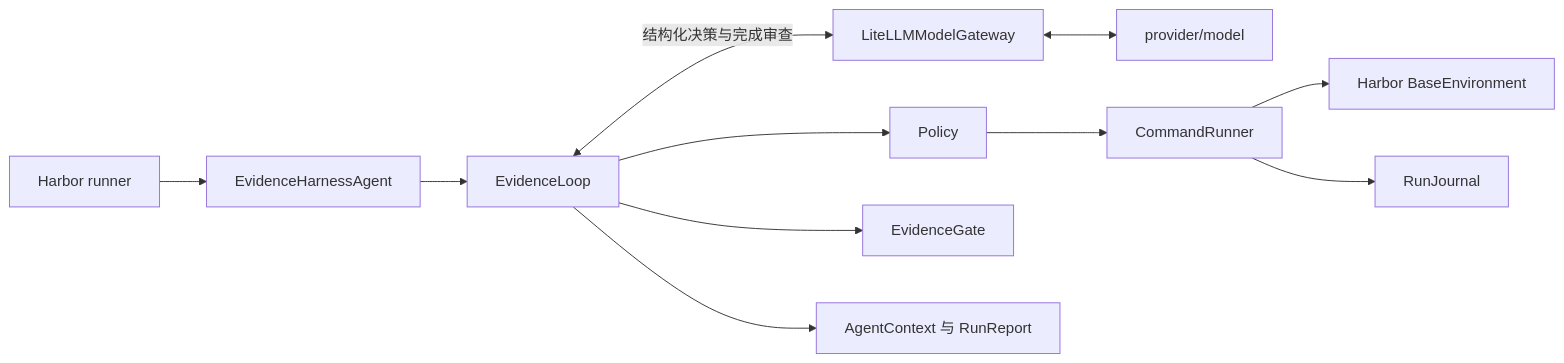
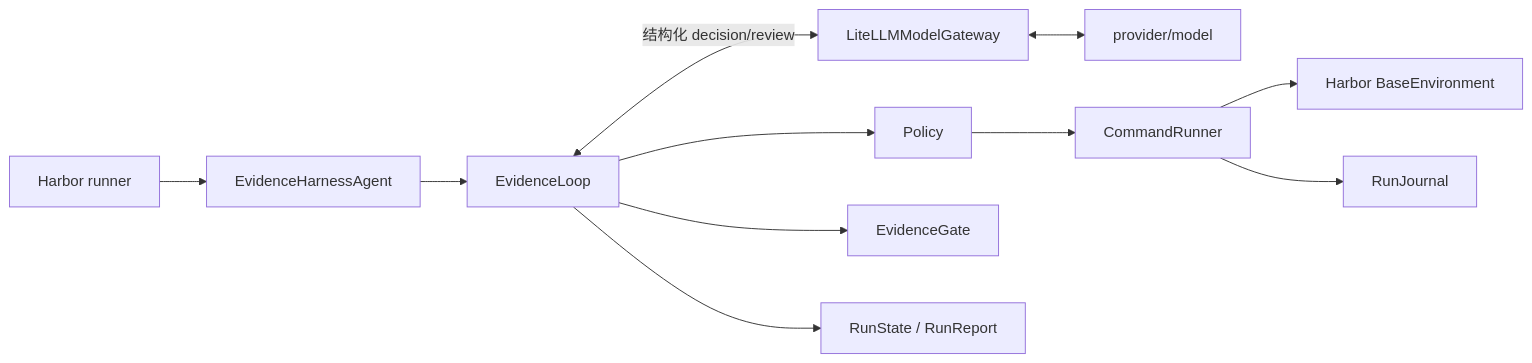
Before and after one commit to Duang777/Dharness: the diagram in README.md, drawn with Mermaid. The commit also changed other lines of this file and 30 other files, not shown here.

````diff
--- a/README.md
+++ b/README.md
@@ -32,13 +50,13 @@
 ```mermaid
 flowchart LR
     H[Harbor runner] --> A[EvidenceHarnessAgent]
     A --> L[EvidenceLoop]
-    L <-->|结构化决策与完成审查| G[LiteLLMModelGateway]
+    L <-->|结构化 decision/review| G[LiteLLMModelGateway]
     G <--> M[provider/model]
     L --> P[Policy]
     P --> C[CommandRunner]
     C --> E[Harbor BaseEnvironment]
     C --> J[RunJournal]
     L --> V[EvidenceGate]
-    L --> X[AgentContext 与 RunReport]
+    L --> S[RunState / RunReport]
 ```
````
